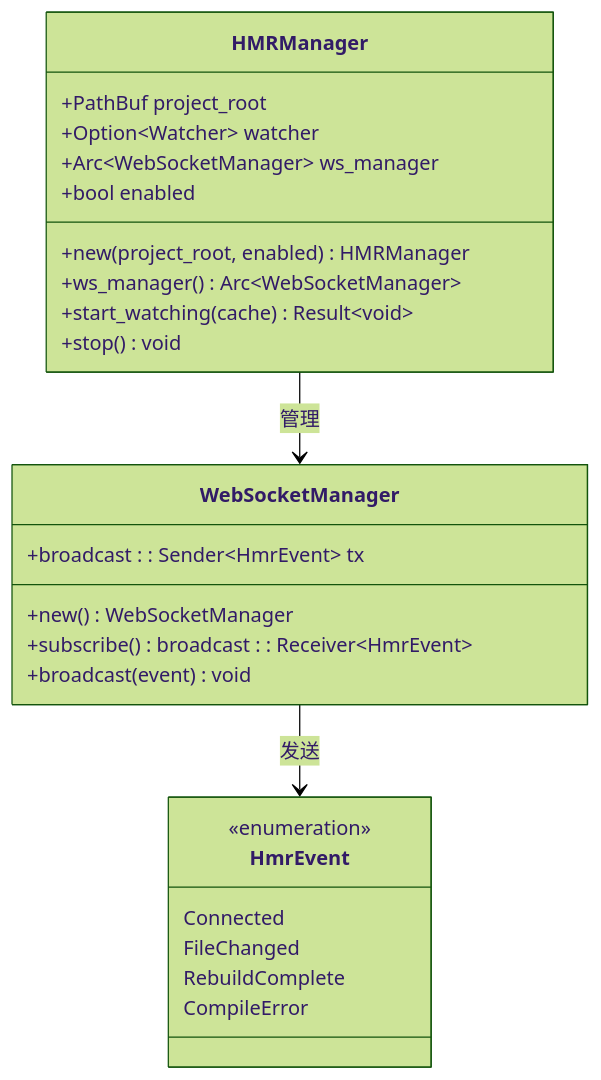
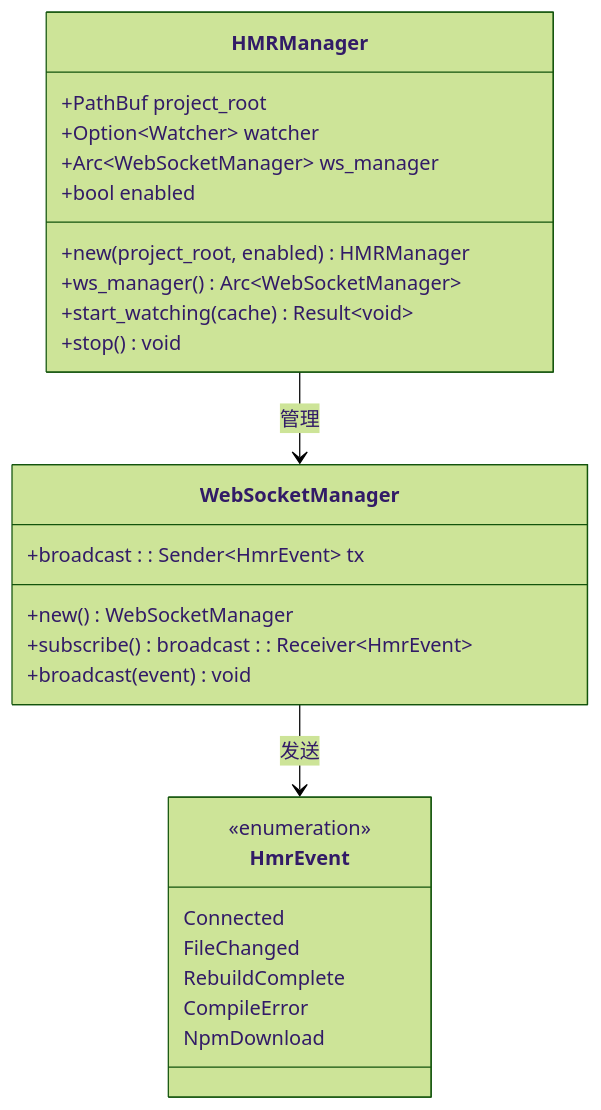
The sixth of 18 diagrams in .qoder/repowiki/zh/content/核心功能特性/Iris JetCrab CLI架构文档.md (itszzl-sudo/iris), drawn with Mermaid (forest theme) before and after one commit. The commit also changed other lines of this file and 63 other files, not shown here.

````diff
--- a/.qoder/repowiki/zh/content/核心功能特性/Iris JetCrab CLI架构文档.md
+++ b/.qoder/repowiki/zh/content/核心功能特性/Iris JetCrab CLI架构文档.md
@@ -249,28 +351,29 @@
 ```mermaid
 classDiagram
 class HMRManager {
 +PathBuf project_root
 +Option~Watcher~ watcher
 +Arc~WebSocketManager~ ws_manager
 +bool enabled
 +new(project_root, enabled) HMRManager
 +ws_manager() Arc~WebSocketManager~
 +start_watching(cache) Result~void~
 +stop() void
 }
 class WebSocketManager {
 +broadcast : : Sender~HmrEvent~ tx
 +new() WebSocketManager
 +subscribe() broadcast : : Receiver~HmrEvent~
 +broadcast(event) void
 }
 class HmrEvent {
 <<enumeration>>
 Connected
 FileChanged
 RebuildComplete
 CompileError
+NpmDownload
 }
 HMRManager --> WebSocketManager : 管理
 WebSocketManager --> HmrEvent : 发送
 ```
````
